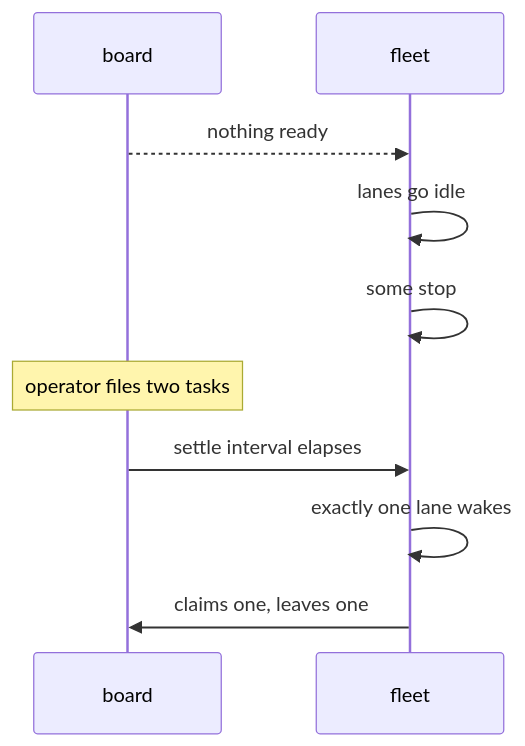
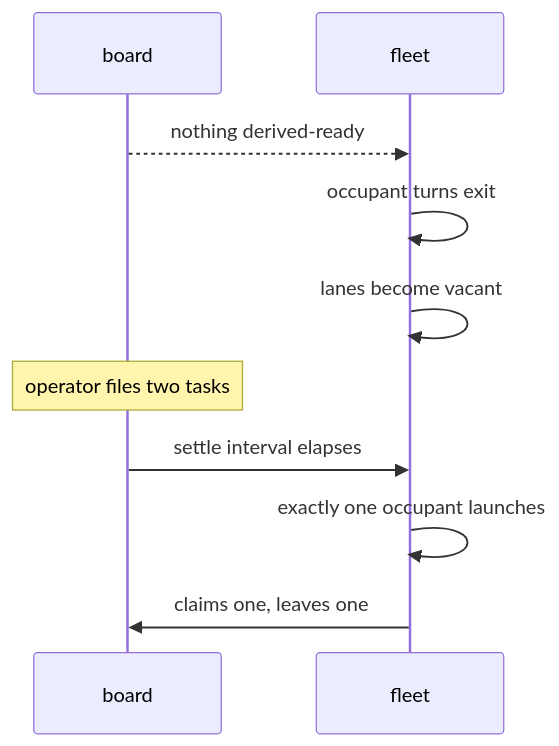
The sixth of 6 diagrams in docs/product/model/failures.md (infimalabs/spice-rust), drawn with Mermaid before and after one commit. The commit also changed other lines of this file and 71 other files, not shown here.

````diff
--- a/docs/product/model/failures.md
+++ b/docs/product/model/failures.md
@@ -127,12 +142,12 @@
 ```mermaid
 sequenceDiagram
   participant B as board
   participant F as fleet
-  B-->>F: nothing ready
-  F->>F: lanes go idle
-  F->>F: some stop
+  B-->>F: nothing derived-ready
+  F->>F: occupant turns exit
+  F->>F: lanes become vacant
   Note over B: operator files two tasks
   B->>F: settle interval elapses
-  F->>F: exactly one lane wakes
+  F->>F: exactly one occupant launches
   F->>B: claims one, leaves one
 ```
````
